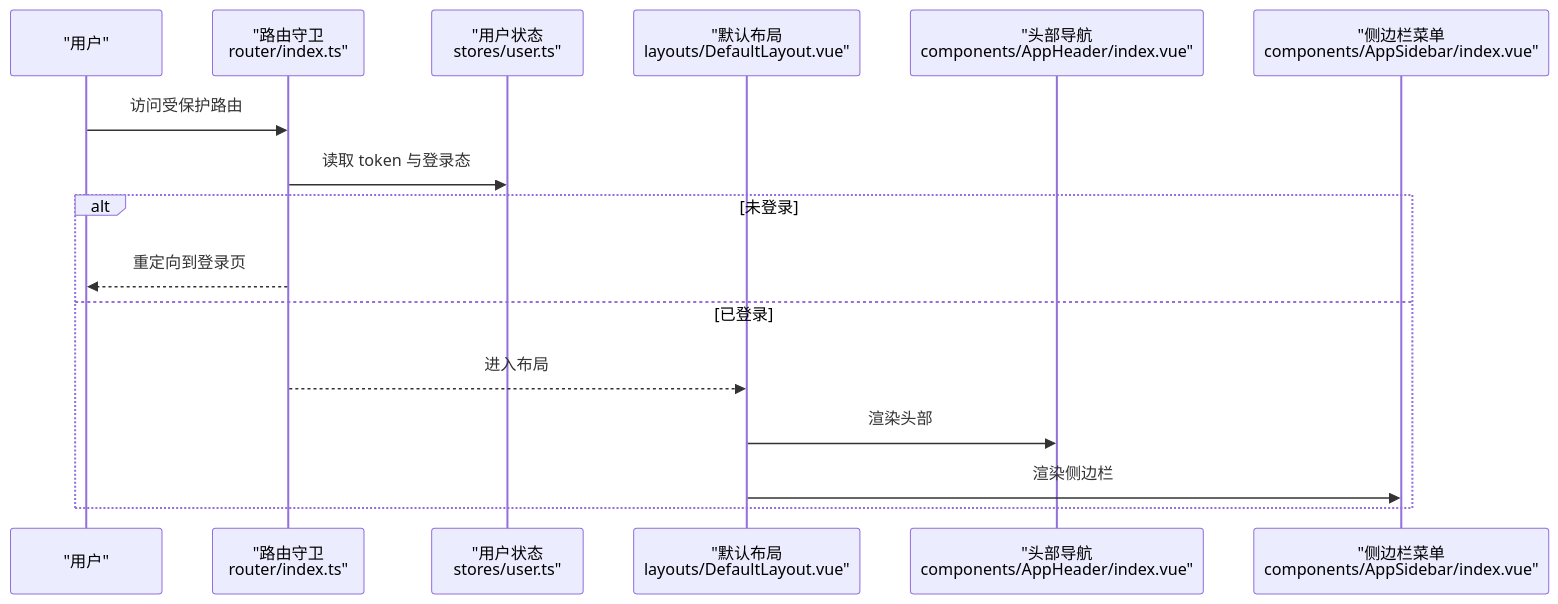
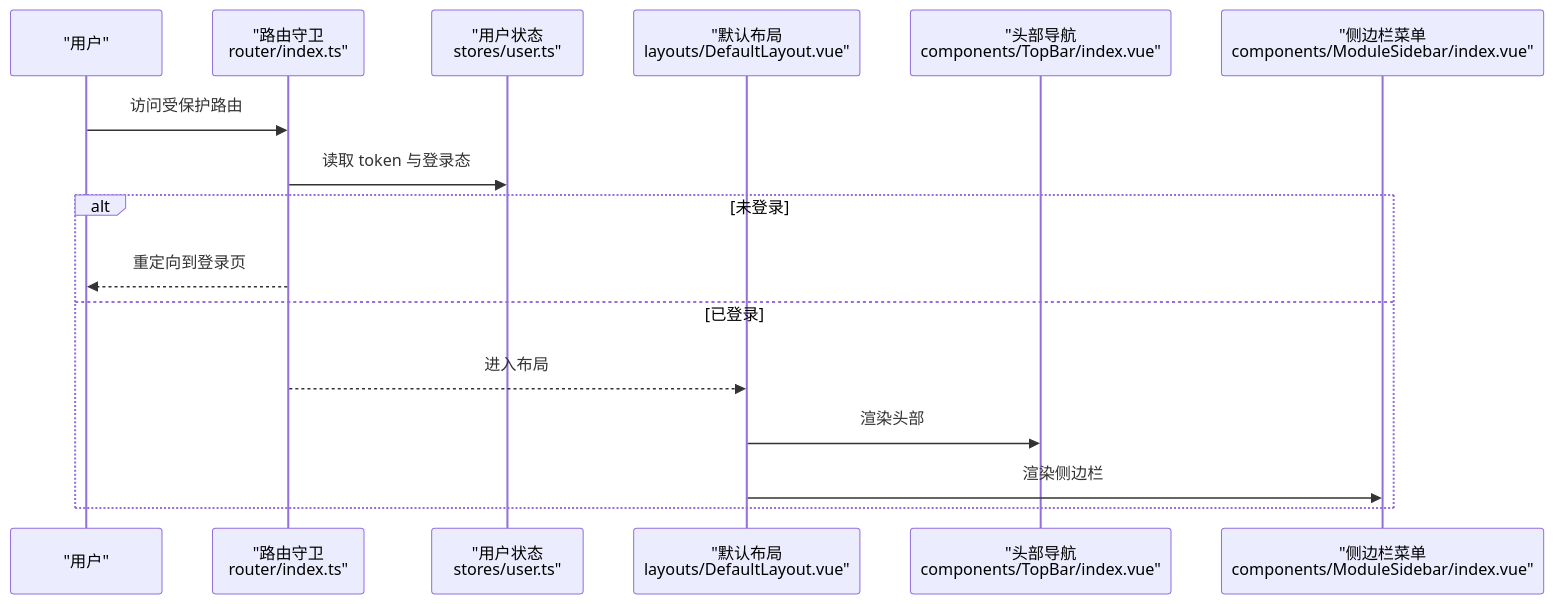
Before and after one commit to War-Blood/WX_APP_OA: the second of 7 diagrams in .AI/Wiki/Web 管理后台/路由与布局.md, drawn with Mermaid. The commit also changed other lines of this file and 107 other files, not shown here.

````diff
--- a/.AI/Wiki/Web 管理后台/路由与布局.md
+++ b/.AI/Wiki/Web 管理后台/路由与布局.md
@@ -140,18 +140,18 @@
 ```mermaid
 sequenceDiagram
 participant U as "用户"
 participant R as "路由守卫<br/>router/index.ts"
 participant S as "用户状态<br/>stores/user.ts"
 participant L as "默认布局<br/>layouts/DefaultLayout.vue"
-participant H as "头部导航<br/>components/AppHeader/index.vue"
-participant M as "侧边栏菜单<br/>components/AppSidebar/index.vue"
+participant H as "头部导航<br/>components/TopBar/index.vue"
+participant M as "侧边栏菜单<br/>components/ModuleSidebar/index.vue"
 U->>R : 访问受保护路由
 R->>S : 读取 token 与登录态
 alt 未登录
 R-->>U : 重定向到登录页
 else 已登录
 R-->>L : 进入布局
 L->>H : 渲染头部
 L->>M : 渲染侧边栏
 end
 ```
````
